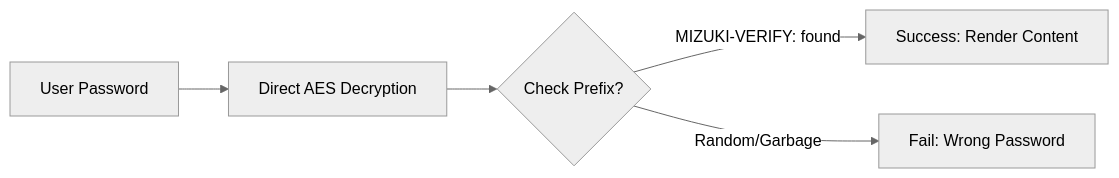
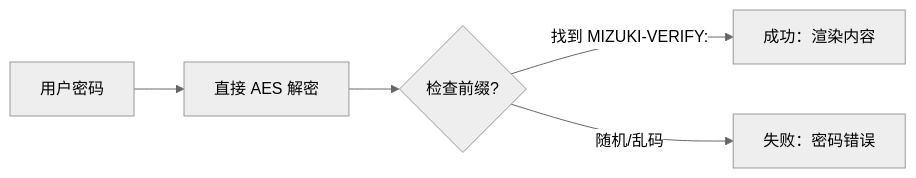
Before and after one commit to zpooi/mizuki: the diagram in src/content/posts/encrypted-post.md, drawn with Mermaid (neutral theme). The commit also changed other lines of this file and 6 other files, not shown here.

````diff
--- a/src/content/posts/encrypted-post.md
+++ b/src/content/posts/encrypted-post.md
@@ -98,7 +98,7 @@
 ```mermaid
 graph LR
-    A[User Password] --> B[Direct AES Decryption]
-    B --> C{Check Prefix?}
-    C -- "MIZUKI-VERIFY:" found --> D[Success: Render Content]
-    C -- Random/Garbage --> E[Fail: Wrong Password]
+    A[用户密码] --> B[直接 AES 解密]
+    B --> C{检查前缀?}
+    C -- "找到 MIZUKI-VERIFY:" --> D[成功：渲染内容]
+    C -- 随机/乱码 --> E[失败：密码错误]
 ```
````
